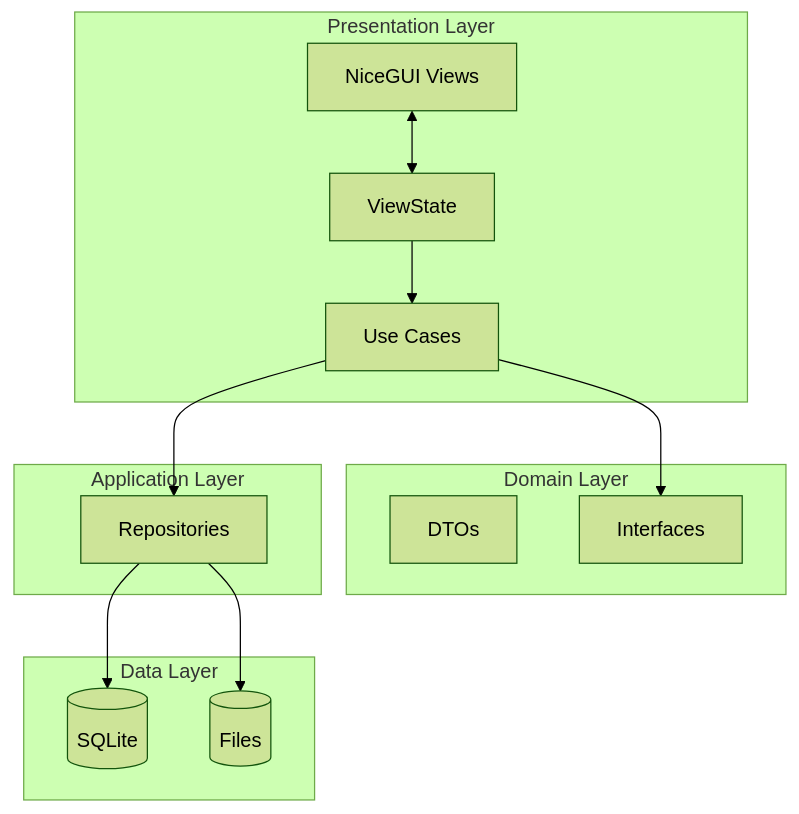
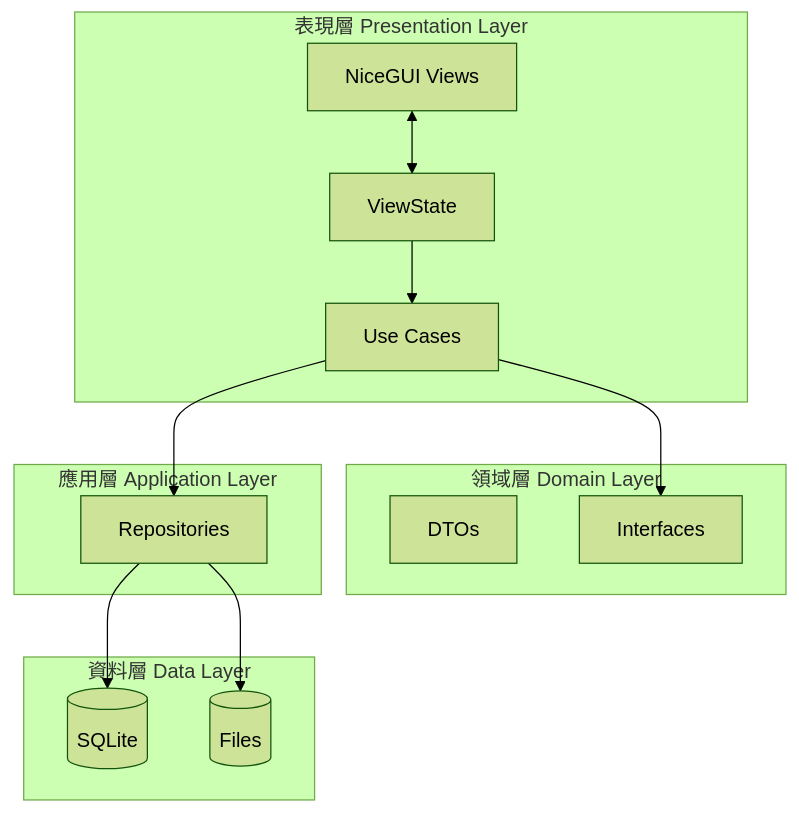
One commit to arfiligol/Income-Statement-App changed the diagram in docs/explanation/architecture/index.md. Above: the diagram before and after it, drawn with Mermaid (forest theme). The commit also changed other lines of this file and 10 other files, not shown here.

````diff
--- a/docs/explanation/architecture/index.md
+++ b/docs/explanation/architecture/index.md
@@ -52,22 +52,22 @@
 ```mermaid
 graph TD
-    subgraph UI [Presentation Layer]
+    subgraph UI [表現層 Presentation Layer]
         View[NiceGUI Views] <--> State[ViewState]
         State --> UseCase
     end
 
-    subgraph Domain [Domain Layer]
+    subgraph Domain [領域層 Domain Layer]
         DTOs
         Interface[Interfaces]
     end
 
-    subgraph Logic [Application Layer]
+    subgraph Logic [應用層 Application Layer]
         UseCase[Use Cases] --> Repo[Repositories]
         UseCase --> Interface
     end
 
-    subgraph Data [Data Layer]
+    subgraph Data [資料層 Data Layer]
         Repo --> DB[(SQLite)]
         Repo --> Excel[(Files)]
     end
 ```
````
